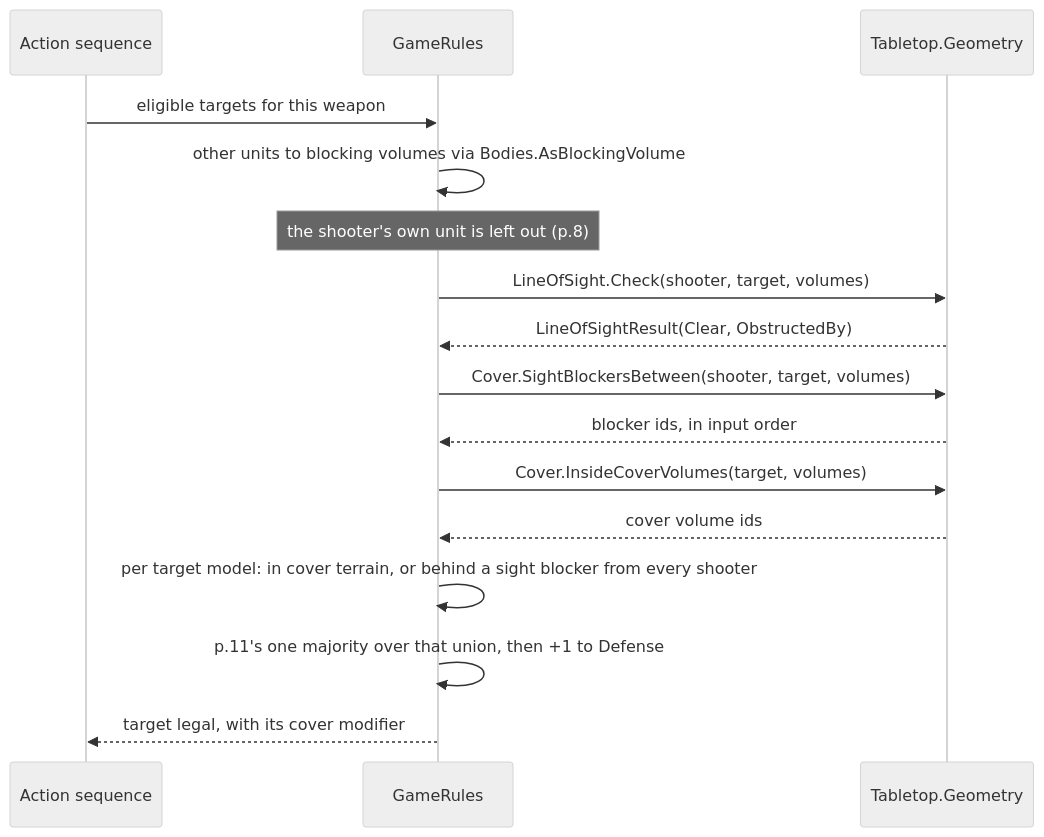
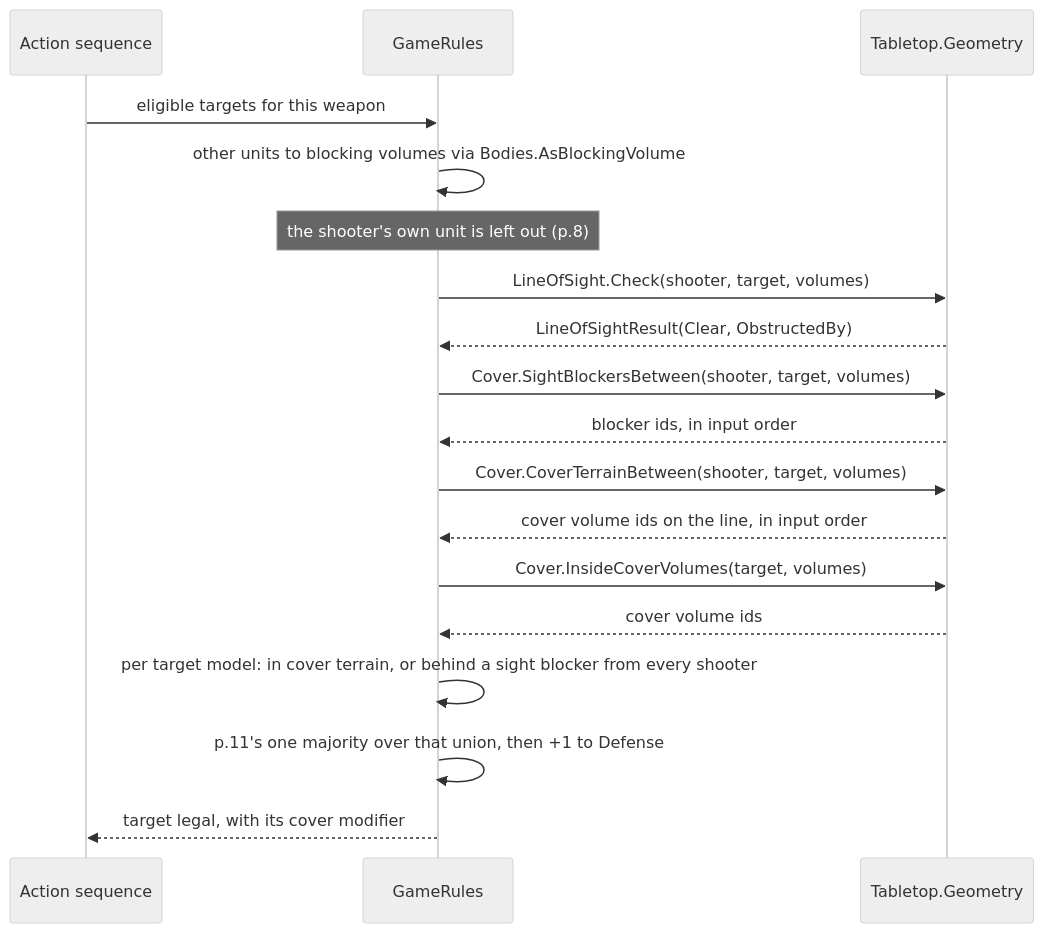
Before and after one commit to cstupi/tabletop: the eighth of 11 diagrams in docs/design/geometry/design.md, drawn with Mermaid (neutral theme). The commit also changed other lines of this file and 17 other files, not shown here.

First line of the commit message:
Cover: a wall, fence or barricade on the sight line gives cover (p.11, p.12, p.18)

````diff
--- a/docs/design/geometry/design.md
+++ b/docs/design/geometry/design.md
@@ -903,18 +911,20 @@
 ```mermaid
 sequenceDiagram
     participant Seq as Action sequence
     participant GR as GameRules
     participant Geo as Tabletop.Geometry
     Seq->>GR: eligible targets for this weapon
     GR->>GR: other units to blocking volumes via Bodies.AsBlockingVolume
     Note over GR: the shooter's own unit is left out (p.8)
     GR->>Geo: LineOfSight.Check(shooter, target, volumes)
     Geo-->>GR: LineOfSightResult(Clear, ObstructedBy)
     GR->>Geo: Cover.SightBlockersBetween(shooter, target, volumes)
     Geo-->>GR: blocker ids, in input order
+    GR->>Geo: Cover.CoverTerrainBetween(shooter, target, volumes)
+    Geo-->>GR: cover volume ids on the line, in input order
     GR->>Geo: Cover.InsideCoverVolumes(target, volumes)
     Geo-->>GR: cover volume ids
     GR->>GR: per target model: in cover terrain, or behind a sight blocker from every shooter
     GR->>GR: p.11's one majority over that union, then +1 to Defense
     GR-->>Seq: target legal, with its cover modifier
 ```
````
